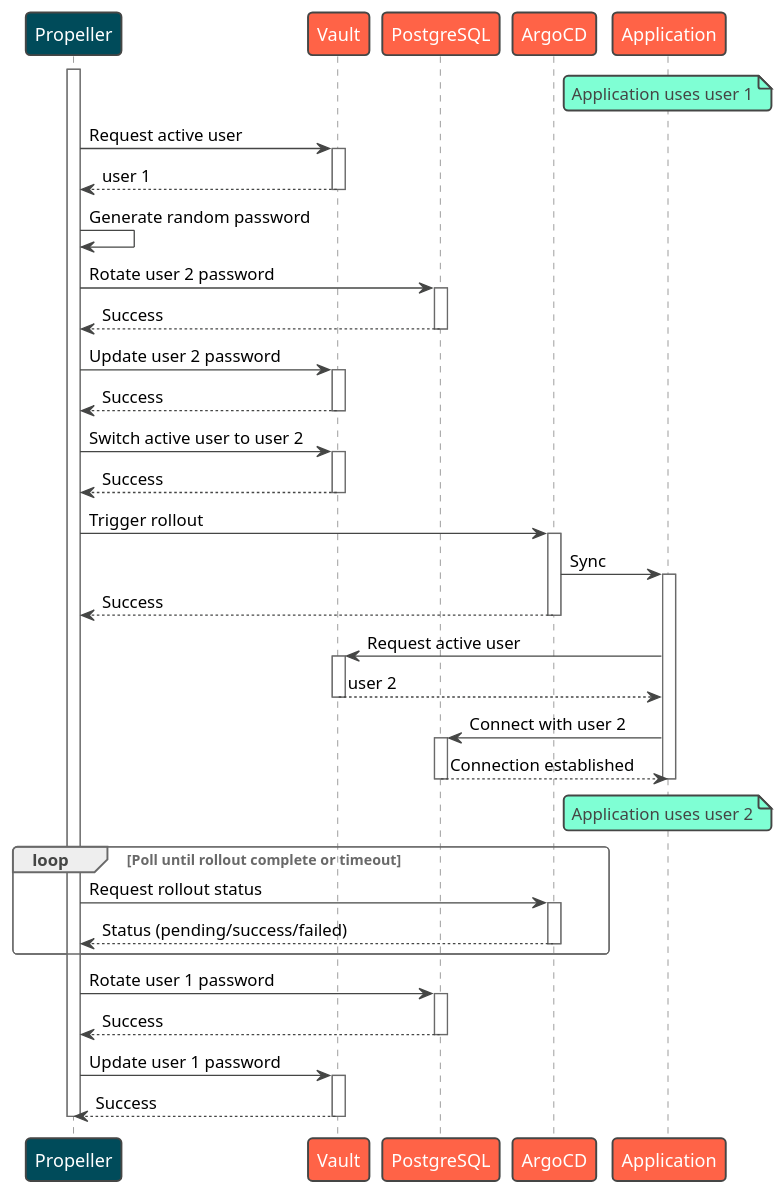
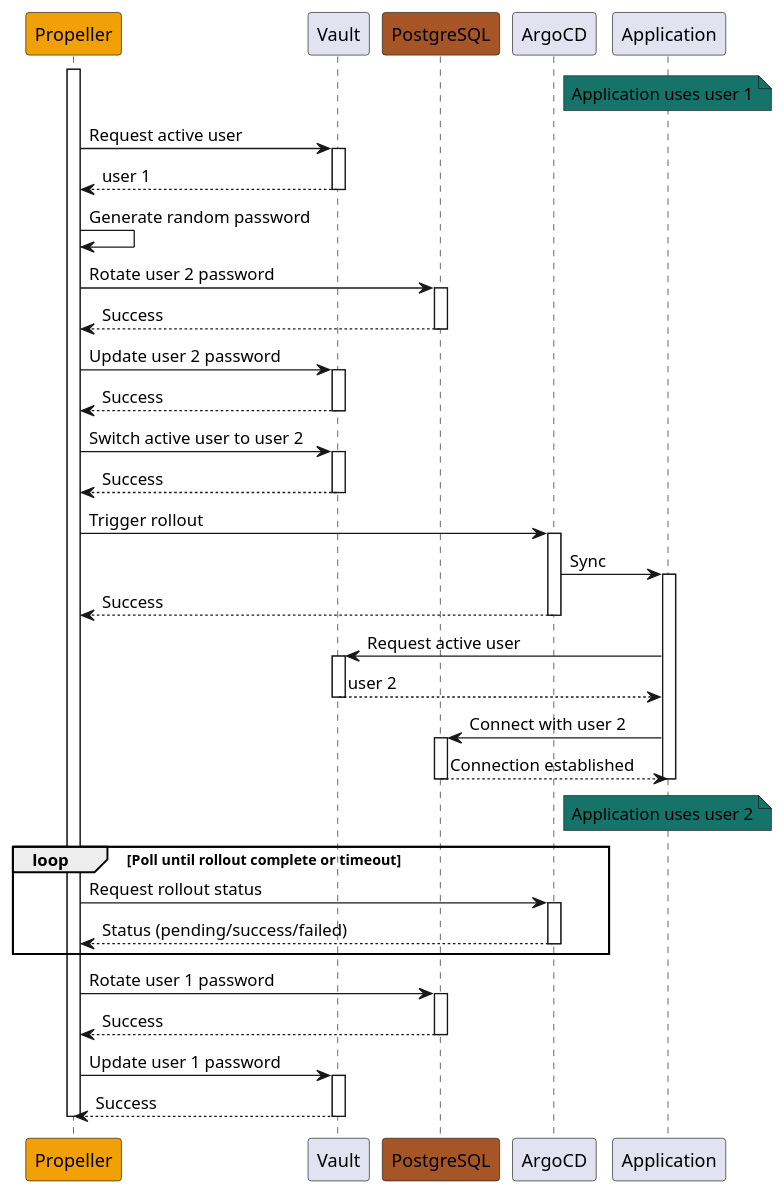
Before and after one commit to postfinance/propeller: the diagram in docs/switch-workflow.puml, drawn with PlantUML. The commit also changed 2 other files, not shown here.

```diff
--- a/docs/switch-workflow.puml
+++ b/docs/switch-workflow.puml
@@ -1,76 +1,78 @@
 @startuml
 
-!theme vibrant
-
-participant Propeller #004B5A
+participant Propeller #F2A007
 participant Vault
-participant PostgreSQL
+participant PostgreSQL #A65526
 participant ArgoCD
 participant Application
 
-note over Application: Application uses user 1
+note over Application #167369
+    Application uses user 1
+end note
 
 activate Propeller
 
 Propeller -> Vault: Request active user
 activate Vault
 Vault --> Propeller: user 1
 deactivate Vault
 
 Propeller -> Propeller: Generate random password
 
 Propeller -> PostgreSQL: Rotate user 2 password
 activate PostgreSQL
 PostgreSQL --> Propeller: Success
 deactivate PostgreSQL
 
 Propeller -> Vault: Update user 2 password
 activate Vault
 Vault --> Propeller: Success
 deactivate Vault
 
 Propeller -> Vault: Switch active user to user 2
 activate Vault
 Vault --> Propeller: Success
 deactivate Vault
 
 Propeller -> ArgoCD: Trigger rollout
 activate ArgoCD
 ArgoCD -> Application: Sync
 activate Application
 ArgoCD --> Propeller: Success
 deactivate ArgoCD
 
 Application -> Vault: Request active user
 activate Vault
 Vault --> Application: user 2
 deactivate Vault
 
 Application -> PostgreSQL: Connect with user 2
 activate PostgreSQL
 PostgreSQL --> Application: Connection established
 deactivate PostgreSQL
 deactivate Application
 
-note over Application: Application uses user 2
+note over Application #167369
+    Application uses user 2
+end note
 
 loop Poll until rollout complete or timeout
 Propeller -> ArgoCD: Request rollout status
 activate ArgoCD
 ArgoCD --> Propeller: Status (pending/success/failed)
 deactivate ArgoCD
 end
 
 Propeller -> PostgreSQL: Rotate user 1 password
 activate PostgreSQL
 PostgreSQL --> Propeller: Success
 deactivate PostgreSQL
 
 Propeller -> Vault: Update user 1 password
 activate Vault
 Vault --> Propeller: Success
 deactivate Vault
 
 deactivate Propeller
 
 @enduml
```
